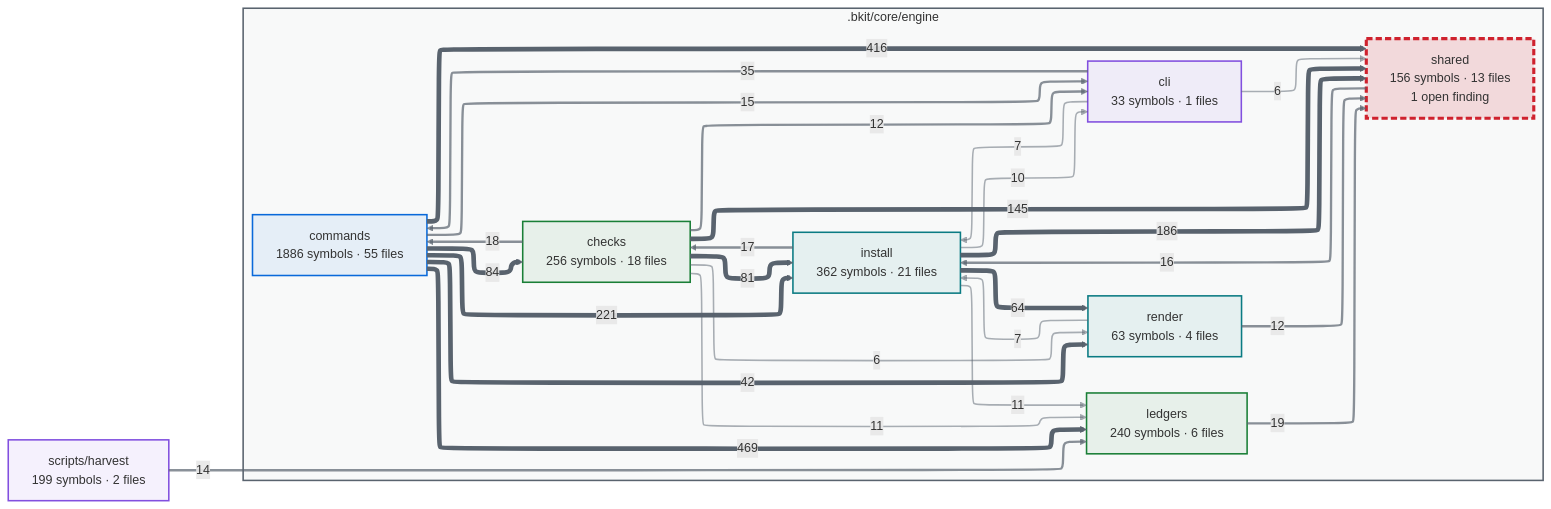
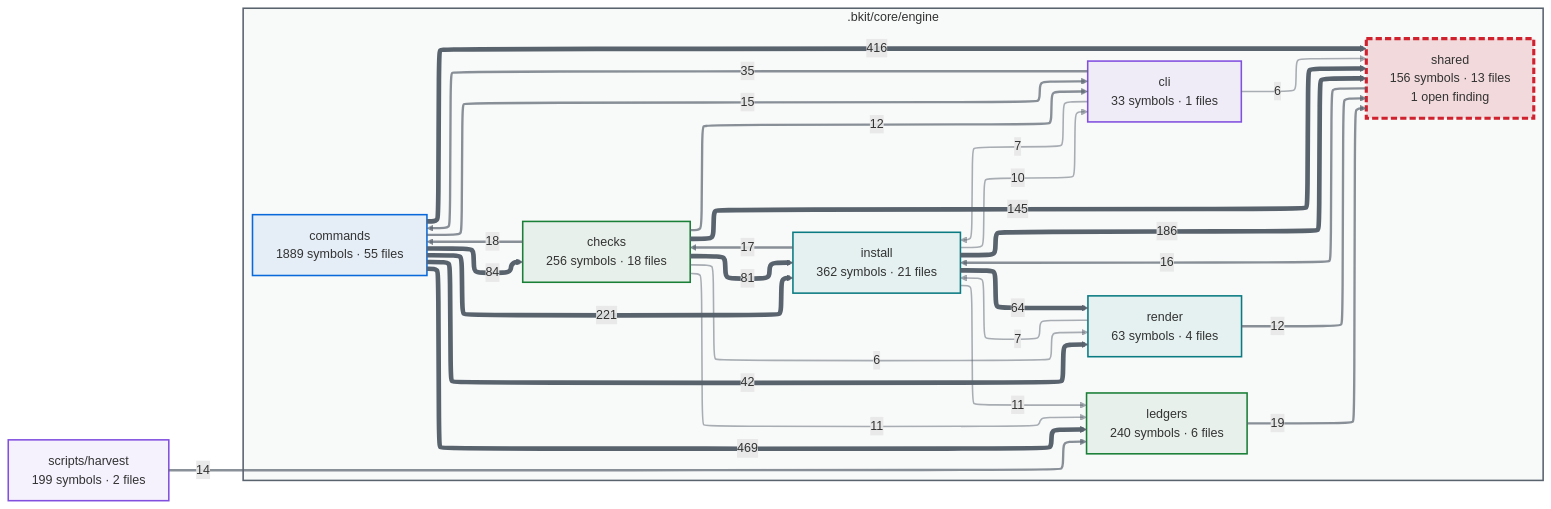
One commit to cbartens/bkit changed the first of 2 diagrams in docs/capabilities.md. Above: the diagram before and after it, drawn with Mermaid. The commit also changed other lines of this file and 167 other files, not shown here.

````diff
--- a/docs/capabilities.md
+++ b/docs/capabilities.md
@@ -154,80 +154,80 @@
 ```mermaid
 ---
 config:
   layout: elk
   themeCSS: "marker { overflow: visible; } marker path { transform: scale(1.8); transform-origin: 5px 5px; }"
   flowchart:
     useMaxWidth: false
 ---
 flowchart LR
   %% Generated by bkit-graphify-rollup.py — do not edit
   subgraph gn_bkit_core_engine[".bkit/core/engine"]
     n_bkit_core_engine_checks["checks<br/>256 symbols · 18 files"]
     n_bkit_core_engine_cli["cli<br/>33 symbols · 1 files"]
-    n_bkit_core_engine_commands["commands<br/>1886 symbols · 55 files"]
+    n_bkit_core_engine_commands["commands<br/>1889 symbols · 55 files"]
     n_bkit_core_engine_install["install<br/>362 symbols · 21 files"]
     n_bkit_core_engine_ledgers["ledgers<br/>240 symbols · 6 files"]
     n_bkit_core_engine_render["render<br/>63 symbols · 4 files"]
     n_bkit_core_engine_shared["shared<br/>156 symbols · 13 files<br/>1 open finding"]
   end
   nscripts_harvest["scripts/harvest<br/>199 symbols · 2 files"]
   n_bkit_core_engine_commands -->|469| n_bkit_core_engine_ledgers
   n_bkit_core_engine_commands -->|416| n_bkit_core_engine_shared
   n_bkit_core_engine_commands -->|221| n_bkit_core_engine_install
   n_bkit_core_engine_install -->|186| n_bkit_core_engine_shared
   n_bkit_core_engine_checks -->|145| n_bkit_core_engine_shared
   n_bkit_core_engine_commands -->|84| n_bkit_core_engine_checks
   n_bkit_core_engine_checks -->|81| n_bkit_core_engine_install
   n_bkit_core_engine_install -->|64| n_bkit_core_engine_render
   n_bkit_core_engine_commands -->|42| n_bkit_core_engine_render
   n_bkit_core_engine_cli -->|35| n_bkit_core_engine_commands
   n_bkit_core_engine_ledgers -->|19| n_bkit_core_engine_shared
   n_bkit_core_engine_checks -->|18| n_bkit_core_engine_commands
   n_bkit_core_engine_install -->|17| n_bkit_core_engine_checks
   n_bkit_core_engine_shared -->|16| n_bkit_core_engine_install
   n_bkit_core_engine_commands -->|15| n_bkit_core_engine_cli
   nscripts_harvest -->|14| n_bkit_core_engine_ledgers
   n_bkit_core_engine_checks -->|12| n_bkit_core_engine_cli
   n_bkit_core_engine_render -->|12| n_bkit_core_engine_shared
   n_bkit_core_engine_checks -->|11| n_bkit_core_engine_ledgers
   n_bkit_core_engine_install -->|11| n_bkit_core_engine_ledgers
   n_bkit_core_engine_install -->|10| n_bkit_core_engine_cli
   n_bkit_core_engine_cli -->|7| n_bkit_core_engine_install
   n_bkit_core_engine_render -->|7| n_bkit_core_engine_install
   n_bkit_core_engine_checks -->|6| n_bkit_core_engine_render
   n_bkit_core_engine_cli -->|6| n_bkit_core_engine_shared
   style gn_bkit_core_engine fill:#59636e0a,stroke:#59636e,stroke-width:2px
   style n_bkit_core_engine_checks stroke:#1a7f37,stroke-width:2px,fill:#1a7f3714
   style n_bkit_core_engine_cli stroke:#8250df,stroke-width:2px,fill:#8250df14
   style n_bkit_core_engine_commands stroke:#0969da,stroke-width:2px,fill:#0969da14
   style n_bkit_core_engine_install stroke:#0a7b83,stroke-width:2px,fill:#0a7b8314
   style n_bkit_core_engine_ledgers stroke:#1a7f37,stroke-width:2px,fill:#1a7f3714
   style n_bkit_core_engine_render stroke:#0a7b83,stroke-width:2px,fill:#0a7b8314
   style n_bkit_core_engine_shared stroke:#cf222e,stroke-width:4px,stroke-dasharray:8 4,fill:#cf222e26
   style nscripts_harvest stroke:#8250df,stroke-width:2px,fill:#8250df14
   linkStyle 0 stroke:#59636e,stroke-width:6px
   linkStyle 1 stroke:#59636e,stroke-width:6px
   linkStyle 2 stroke:#59636e,stroke-width:6px
   linkStyle 3 stroke:#59636e,stroke-width:6px
   linkStyle 4 stroke:#59636e,stroke-width:6px
   linkStyle 5 stroke:#59636e,stroke-width:6px
   linkStyle 6 stroke:#59636e,stroke-width:6px
   linkStyle 7 stroke:#59636e,stroke-width:6px
   linkStyle 8 stroke:#59636e,stroke-width:6px
   linkStyle 9 stroke:#59636eb3,stroke-width:3px
   linkStyle 10 stroke:#59636eb3,stroke-width:3px
   linkStyle 11 stroke:#59636eb3,stroke-width:3px
   linkStyle 12 stroke:#59636eb3,stroke-width:3px
   linkStyle 13 stroke:#59636eb3,stroke-width:3px
   linkStyle 14 stroke:#59636eb3,stroke-width:3px
   linkStyle 15 stroke:#59636eb3,stroke-width:3px
   linkStyle 16 stroke:#59636eb3,stroke-width:3px
   linkStyle 17 stroke:#59636eb3,stroke-width:3px
   linkStyle 18 stroke:#59636e80,stroke-width:2px
   linkStyle 19 stroke:#59636e80,stroke-width:2px
   linkStyle 20 stroke:#59636e80,stroke-width:2px
   linkStyle 21 stroke:#59636e80,stroke-width:2px
   linkStyle 22 stroke:#59636e80,stroke-width:2px
   linkStyle 23 stroke:#59636e80,stroke-width:2px
   linkStyle 24 stroke:#59636e80,stroke-width:2px
 ```
````
